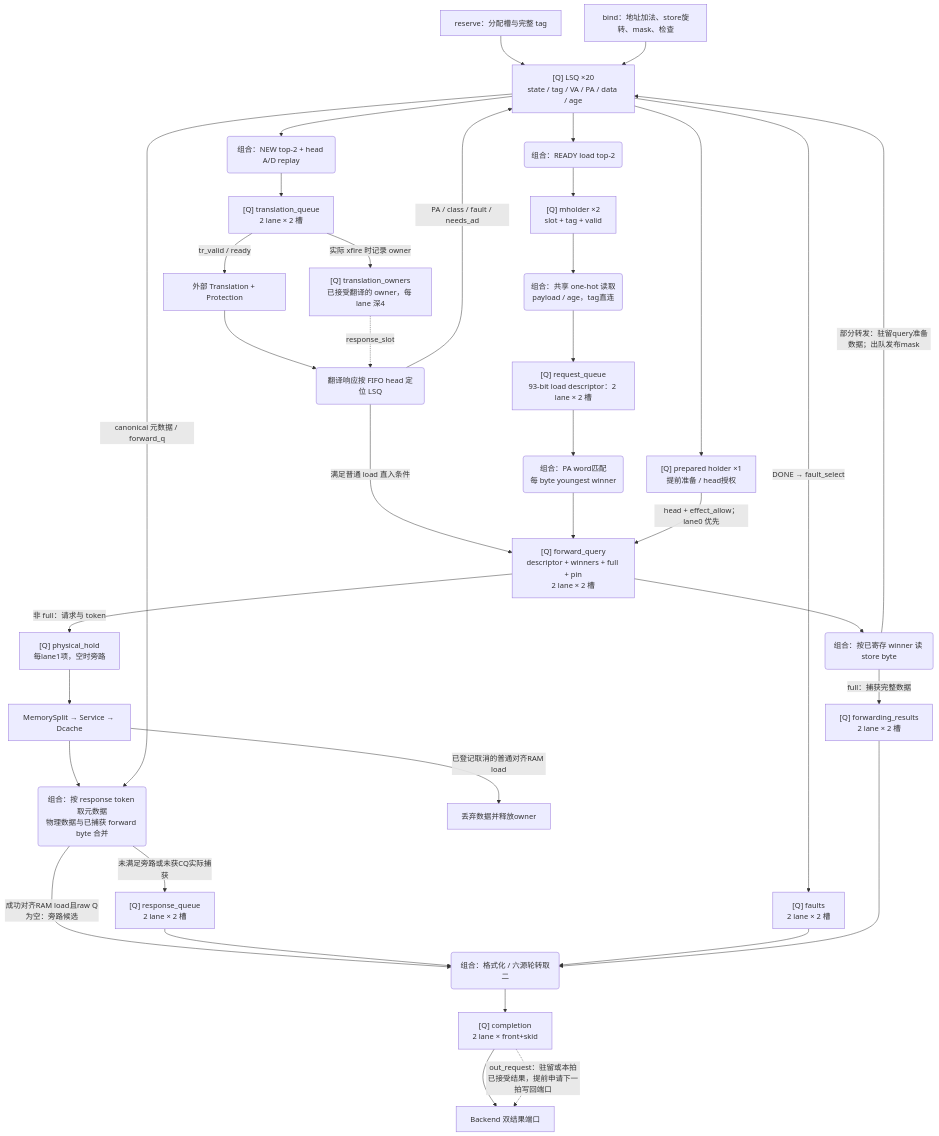
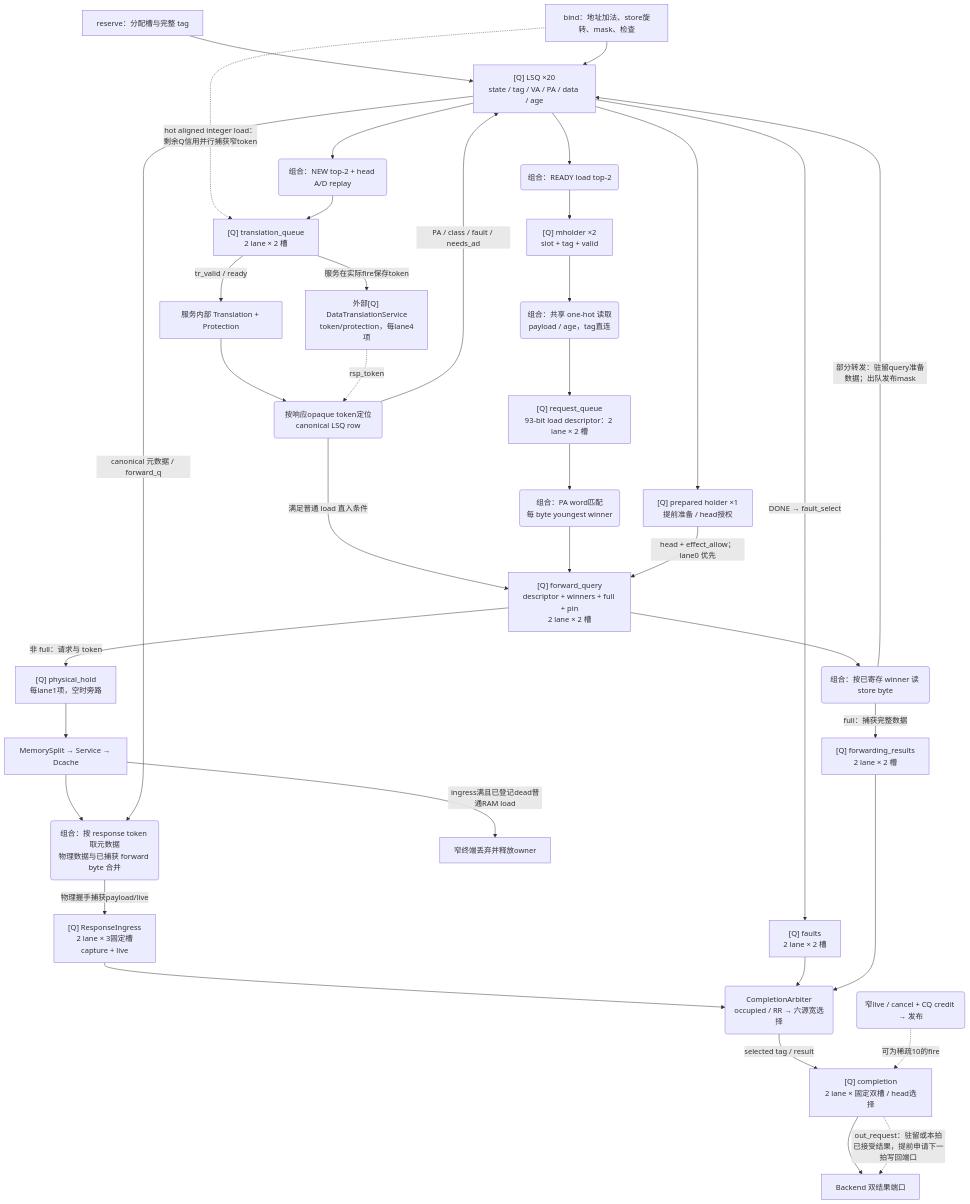
Before and after one commit to mcsaver/oscpu: the second of 5 diagrams in npc/rv64/vsrc/lsu/TOPOLOGY.md, drawn with Mermaid. The commit also changed other lines of this file and 227 other files, not shown here.

````diff
--- a/npc/rv64/vsrc/lsu/TOPOLOGY.md
+++ b/npc/rv64/vsrc/lsu/TOPOLOGY.md
@@ -166,57 +175,60 @@
 ```mermaid
 flowchart TB
   RES["reserve：分配槽与完整 tag"]
   BIND["bind：地址加法、store旋转、mask、检查"]
   LSQ["[Q] LSQ ×20<br/>state / tag / VA / PA / data / age"]
   XSEL("组合：NEW top-2 + head A/D replay")
   XQ["[Q] translation_queue<br/>2 lane × 2 槽"]
-  XF["[Q] translation_owners<br/>已接受翻译的 owner，每 lane 深4"]
-  TR["外部 Translation + Protection"]
-  RX("翻译响应按 FIFO head 定位 LSQ")
+  XF["外部[Q] DataTranslationService<br/>token/protection，每lane4项"]
+  TR["服务内部 Translation + Protection"]
+  RX("按响应opaque token定位canonical LSQ row")
 
   LSEL("组合：READY load top-2")
   MH["[Q] mholder ×2<br/>slot + tag + valid"]
   DREAD("组合：共享 one-hot 读取<br/>payload / age，tag直连")
   DQ["[Q] request_queue<br/>93-bit load descriptor：2 lane × 2 槽"]
   MATCH("组合：PA word匹配<br/>每 byte youngest winner")
   PRE["[Q] prepared holder ×1<br/>提前准备 / head授权"]
   QQ["[Q] forward_query<br/>descriptor + winners + full + pin<br/>2 lane × 2 槽"]
   READBYTE("组合：按已寄存 winner 读 store byte")
   FT["[Q] forwarding_results<br/>2 lane × 2 槽"]
   HOLD["[Q] physical_hold<br/>每lane1项，空时旁路"]
   PHYS["MemorySplit → Service → Dcache"]
   MERGE("组合：按 response token 取元数据<br/>物理数据与已捕获 forward byte 合并")
-  RAW["[Q] response_queue<br/>2 lane × 2 槽"]
+  RAW["[Q] ResponseIngress<br/>2 lane × 3固定槽<br/>capture + live"]
   FQ["[Q] faults<br/>2 lane × 2 槽"]
-  EVT("组合：格式化 / 六源轮转取二")
-  CQ["[Q] completion<br/>2 lane × front+skid"]
+  EVT("CompletionArbiter<br/>occupied / RR → 六源宽选择")
+  LIVE("窄live / cancel + CQ credit → 发布")
+  CQ["[Q] completion<br/>2 lane × 固定双槽 / head选择"]
   WB["Backend 双结果端口"]
 
   RES --> LSQ
   BIND --> LSQ
+  BIND -.->|"hot aligned integer load：剩余Q信用并行捕获窄token"| XQ
   LSQ --> XSEL --> XQ
   XQ -->|"tr_valid / ready"| TR
-  XQ -->|"实际 xfire 时记录 owner"| XF
+  XQ -->|"服务在实际fire保存token"| XF
   TR --> RX
-  XF -.->|"response_slot"| RX
+  XF -.->|"rsp_token"| RX
   RX -->|"PA / class / fault / needs_ad"| LSQ
   RX -->|"满足普通 load 直入条件"| QQ
   LSQ --> LSEL --> MH --> DREAD --> DQ --> MATCH --> QQ
   LSQ --> PRE
   PRE -->|"head + effect_allow；lane0 优先"| QQ
   QQ --> READBYTE
   QQ -->|"非 full：请求与 token"| HOLD --> PHYS
   READBYTE -->|"full：捕获完整数据"| FT
   READBYTE -->|"部分转发：驻留query准备数据；出队发布mask"| LSQ
   PHYS --> MERGE
-  PHYS -->|"已登记取消的普通对齐RAM load"| DRAIN["丢弃数据并释放owner"]
+  PHYS -->|"ingress满且已登记dead普通RAM load"| DRAIN["窄终端丢弃并释放owner"]
   LSQ -->|"canonical 元数据 / forward_q"| MERGE
-  MERGE -->|"未满足旁路或未获CQ实际捕获"| RAW
-  MERGE -->|"成功对齐RAM load且raw Q为空：旁路候选"| EVT
+  MERGE -->|"物理握手捕获payload/live"| RAW
   LSQ -->|"DONE → fault_select"| FQ
   RAW --> EVT
   FQ --> EVT
   FT --> EVT
-  EVT --> CQ --> WB
+  EVT -->|"selected tag / result"| CQ
+  LIVE -.->|"可为稀疏10的fire"| CQ
+  CQ --> WB
   CQ -.->|"out_request：驻留或本拍已接受结果，提前申请下一拍写回端口"| WB
 ```
````
